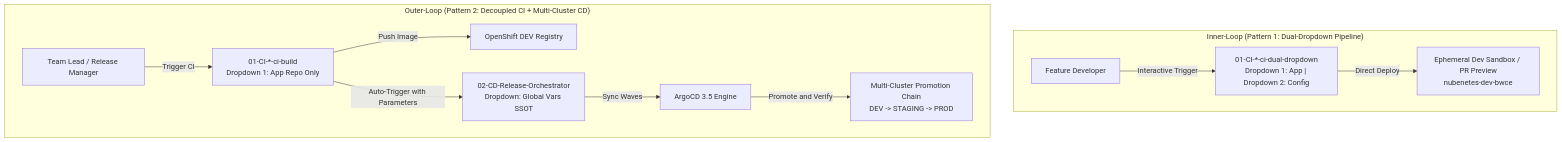
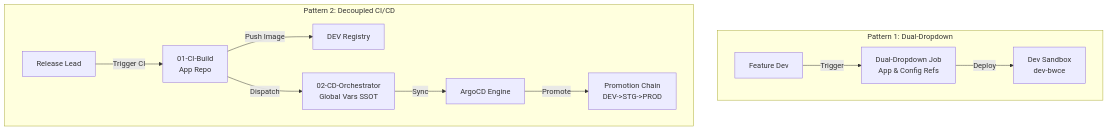
Before and after one commit to nubenetes/jenkins-git-parameter-bwce: the sixth of 10 diagrams in README.md, drawn with Mermaid. The commit also changed other lines of this file, not shown here.

Commit message:
fix(docs): format all diagram nodes with compact line lengths to prevent browser text clipping

````diff
--- a/README.md
+++ b/README.md
@@ -365,26 +365,26 @@
 ```mermaid
 flowchart TD
-    subgraph InnerLoop ["Inner-Loop (Pattern 1: Dual-Dropdown Pipeline)"]
-        Dev1["Feature Developer"]
-        DualJob["01-CI-*-ci-dual-dropdown<br/>Dropdown 1: App | Dropdown 2: Config"]
-        DevSandbox["Ephemeral Dev Sandbox / PR Preview<br/>nubenetes-dev-bwce"]
+    subgraph InnerLoop ["Pattern 1: Dual-Dropdown"]
+        Dev1["Feature Dev"]
+        DualJob["Dual-Dropdown Job<br/>App & Config Refs"]
+        DevSandbox["Dev Sandbox<br/>dev-bwce"]
 
-        Dev1 -->|Interactive Trigger| DualJob
-        DualJob -->|Direct Deploy| DevSandbox
+        Dev1 -->|"Trigger"| DualJob
+        DualJob -->|"Deploy"| DevSandbox
     end
 
-    subgraph OuterLoop ["Outer-Loop (Pattern 2: Decoupled CI + Multi-Cluster CD)"]
-        Dev2["Team Lead / Release Manager"]
-        CIJob["01-CI-*-ci-build<br/>Dropdown 1: App Repo Only"]
-        Registry["OpenShift DEV Registry"]
-        CDOrchestrator["02-CD-Release-Orchestrator<br/>Dropdown: Global Vars SSOT"]
-        ArgoEngine["ArgoCD 3.5 Engine"]
-        Clusters["Multi-Cluster Promotion Chain<br/>DEV -> STAGING -> PROD"]
+    subgraph OuterLoop ["Pattern 2: Decoupled CI/CD"]
+        Dev2["Release Lead"]
+        CIJob["01-CI-Build<br/>App Repo"]
+        Registry["DEV Registry"]
+        CDOrchestrator["02-CD-Orchestrator<br/>Global Vars SSOT"]
+        ArgoEngine["ArgoCD Engine"]
+        Clusters["Promotion Chain<br/>DEV->STG->PROD"]
 
-        Dev2 -->|Trigger CI| CIJob
-        CIJob -->|Push Image| Registry
-        CIJob -->|Auto-Trigger with Parameters| CDOrchestrator
-        CDOrchestrator -->|Sync Waves| ArgoEngine
-        ArgoEngine -->|Promote and Verify| Clusters
+        Dev2 -->|"Trigger CI"| CIJob
+        CIJob -->|"Push Image"| Registry
+        CIJob -->|"Dispatch"| CDOrchestrator
+        CDOrchestrator -->|"Sync"| ArgoEngine
+        ArgoEngine -->|"Promote"| Clusters
     end
 ```
````
